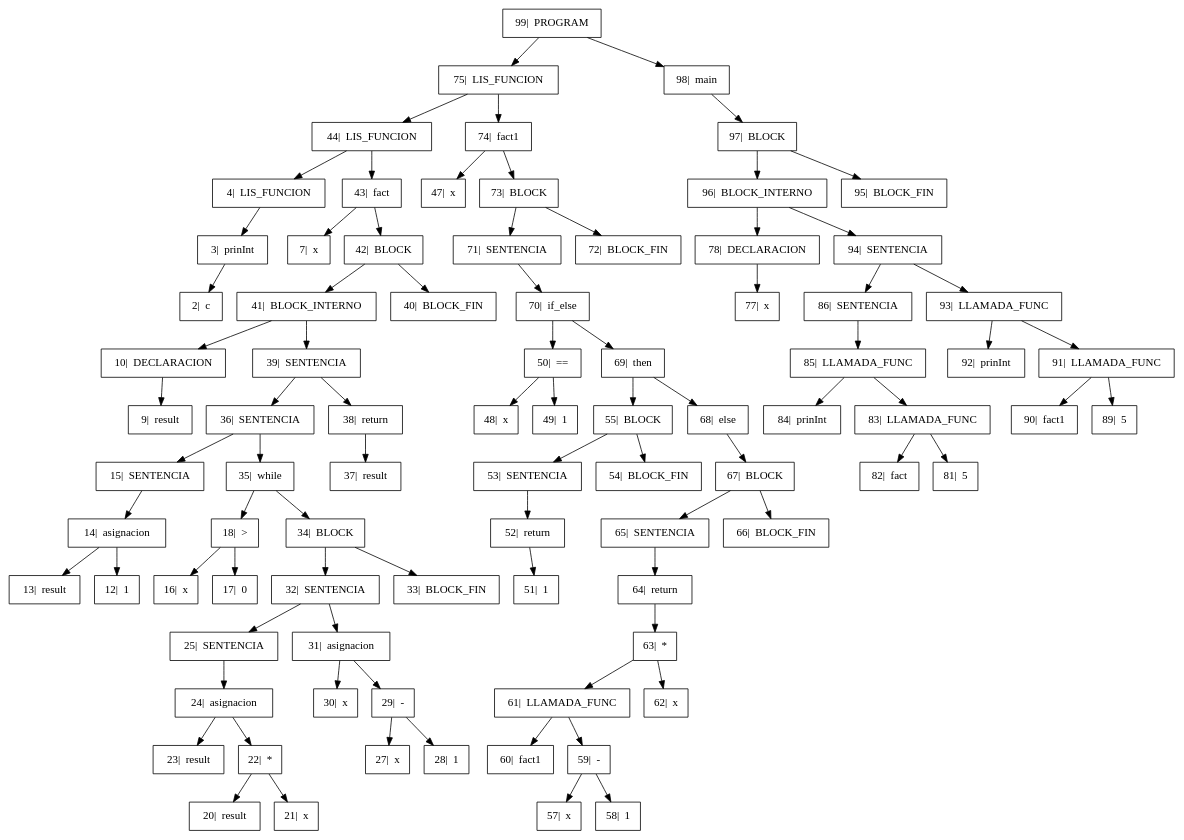
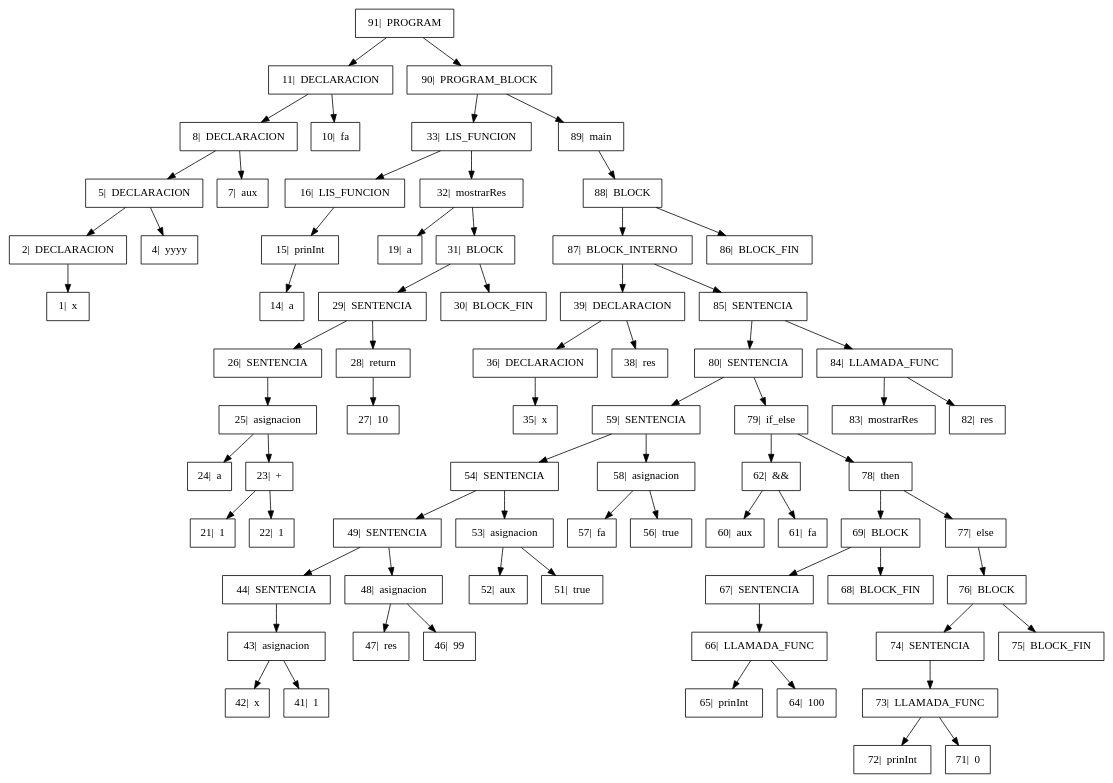
One commit to GiovA07/PRE-PROYECTO-COMPILADORES changed the diagram in Proyecto/output/Arbol.dot. Above: the diagram before and after it, drawn with Graphviz. The commit also changed 4 other files, not shown here.

```diff
--- a/Proyecto/output/Arbol.dot
+++ b/Proyecto/output/Arbol.dot
@@ -1,55 +1,48 @@
 digraph{
 
 rankdir=TB;
 
 node[shape=box];
-"99|  PROGRAM" -> "75|  LIS_FUNCION", "98|  main";
-"75|  LIS_FUNCION" -> "44|  LIS_FUNCION", "74|  fact1";
-"44|  LIS_FUNCION" -> "4|  LIS_FUNCION", "43|  fact";
-"4|  LIS_FUNCION" -> "3|  prinInt" ;
-"3|  prinInt" -> "2|  c" ;
-"43|  fact" -> "7|  x", "42|  BLOCK";
-"42|  BLOCK" -> "41|  BLOCK_INTERNO", "40|  BLOCK_FIN";
-"41|  BLOCK_INTERNO" -> "10|  DECLARACION", "39|  SENTENCIA";
-"10|  DECLARACION" -> "9|  result" ;
-"39|  SENTENCIA" -> "36|  SENTENCIA", "38|  return";
-"36|  SENTENCIA" -> "15|  SENTENCIA", "35|  while";
-"15|  SENTENCIA" -> "14|  asignacion" ;
-"14|  asignacion" -> "13|  result", "12|  1";
-"35|  while" -> "18|  >", "34|  BLOCK";
-"18|  >" -> "16|  x", "17|  0";
-"34|  BLOCK" -> "32|  SENTENCIA", "33|  BLOCK_FIN";
-"32|  SENTENCIA" -> "25|  SENTENCIA", "31|  asignacion";
-"25|  SENTENCIA" -> "24|  asignacion" ;
-"24|  asignacion" -> "23|  result", "22|  *";
-"22|  *" -> "20|  result", "21|  x";
-"31|  asignacion" -> "30|  x", "29|  -";
-"29|  -" -> "27|  x", "28|  1";
-"38|  return" -> "37|  result" ;
-"74|  fact1" -> "47|  x", "73|  BLOCK";
-"73|  BLOCK" -> "71|  SENTENCIA", "72|  BLOCK_FIN";
-"71|  SENTENCIA" -> "70|  if_else" ;
-"70|  if_else" -> "50|  ==", "69|  then";
-"50|  ==" -> "48|  x", "49|  1";
-"69|  then" -> "55|  BLOCK", "68|  else";
-"55|  BLOCK" -> "53|  SENTENCIA", "54|  BLOCK_FIN";
-"53|  SENTENCIA" -> "52|  return" ;
-"52|  return" -> "51|  1" ;
-"68|  else" -> "67|  BLOCK" ;
-"67|  BLOCK" -> "65|  SENTENCIA", "66|  BLOCK_FIN";
-"65|  SENTENCIA" -> "64|  return" ;
-"64|  return" -> "63|  *" ;
-"63|  *" -> "61|  LLAMADA_FUNC", "62|  x";
-"61|  LLAMADA_FUNC" -> "60|  fact1", "59|  -";
-"59|  -" -> "57|  x", "58|  1";
-"98|  main" -> "97|  BLOCK" ;
-"97|  BLOCK" -> "96|  BLOCK_INTERNO", "95|  BLOCK_FIN";
-"96|  BLOCK_INTERNO" -> "78|  DECLARACION", "94|  SENTENCIA";
-"78|  DECLARACION" -> "77|  x" ;
-"94|  SENTENCIA" -> "86|  SENTENCIA", "93|  LLAMADA_FUNC";
-"86|  SENTENCIA" -> "85|  LLAMADA_FUNC" ;
-"85|  LLAMADA_FUNC" -> "84|  prinInt", "83|  LLAMADA_FUNC";
-"83|  LLAMADA_FUNC" -> "82|  fact", "81|  5";
-"93|  LLAMADA_FUNC" -> "92|  prinInt", "91|  LLAMADA_FUNC";
-"91|  LLAMADA_FUNC" -> "90|  fact1", "89|  5";
+"91|  PROGRAM" -> "11|  DECLARACION", "90|  PROGRAM_BLOCK";
+"11|  DECLARACION" -> "8|  DECLARACION", "10|  fa";
+"8|  DECLARACION" -> "5|  DECLARACION", "7|  aux";
+"5|  DECLARACION" -> "2|  DECLARACION", "4|  yyyy";
+"2|  DECLARACION" -> "1|  x" ;
+"90|  PROGRAM_BLOCK" -> "33|  LIS_FUNCION", "89|  main";
+"33|  LIS_FUNCION" -> "16|  LIS_FUNCION", "32|  mostrarRes";
+"16|  LIS_FUNCION" -> "15|  prinInt" ;
+"15|  prinInt" -> "14|  a" ;
+"32|  mostrarRes" -> "19|  a", "31|  BLOCK";
+"31|  BLOCK" -> "29|  SENTENCIA", "30|  BLOCK_FIN";
+"29|  SENTENCIA" -> "26|  SENTENCIA", "28|  return";
+"26|  SENTENCIA" -> "25|  asignacion" ;
+"25|  asignacion" -> "24|  a", "23|  +";
+"23|  +" -> "21|  1", "22|  1";
+"28|  return" -> "27|  10" ;
+"89|  main" -> "88|  BLOCK" ;
+"88|  BLOCK" -> "87|  BLOCK_INTERNO", "86|  BLOCK_FIN";
+"87|  BLOCK_INTERNO" -> "39|  DECLARACION", "85|  SENTENCIA";
+"39|  DECLARACION" -> "36|  DECLARACION", "38|  res";
+"36|  DECLARACION" -> "35|  x" ;
+"85|  SENTENCIA" -> "80|  SENTENCIA", "84|  LLAMADA_FUNC";
+"80|  SENTENCIA" -> "59|  SENTENCIA", "79|  if_else";
+"59|  SENTENCIA" -> "54|  SENTENCIA", "58|  asignacion";
+"54|  SENTENCIA" -> "49|  SENTENCIA", "53|  asignacion";
+"49|  SENTENCIA" -> "44|  SENTENCIA", "48|  asignacion";
+"44|  SENTENCIA" -> "43|  asignacion" ;
+"43|  asignacion" -> "42|  x", "41|  1";
+"48|  asignacion" -> "47|  res", "46|  99";
+"53|  asignacion" -> "52|  aux", "51|  true";
+"58|  asignacion" -> "57|  fa", "56|  true";
+"79|  if_else" -> "62|  &&", "78|  then";
+"62|  &&" -> "60|  aux", "61|  fa";
+"78|  then" -> "69|  BLOCK", "77|  else";
+"69|  BLOCK" -> "67|  SENTENCIA", "68|  BLOCK_FIN";
+"67|  SENTENCIA" -> "66|  LLAMADA_FUNC" ;
+"66|  LLAMADA_FUNC" -> "65|  prinInt", "64|  100";
+"77|  else" -> "76|  BLOCK" ;
+"76|  BLOCK" -> "74|  SENTENCIA", "75|  BLOCK_FIN";
+"74|  SENTENCIA" -> "73|  LLAMADA_FUNC" ;
+"73|  LLAMADA_FUNC" -> "72|  prinInt", "71|  0";
+"84|  LLAMADA_FUNC" -> "83|  mostrarRes", "82|  res";
 }
```
